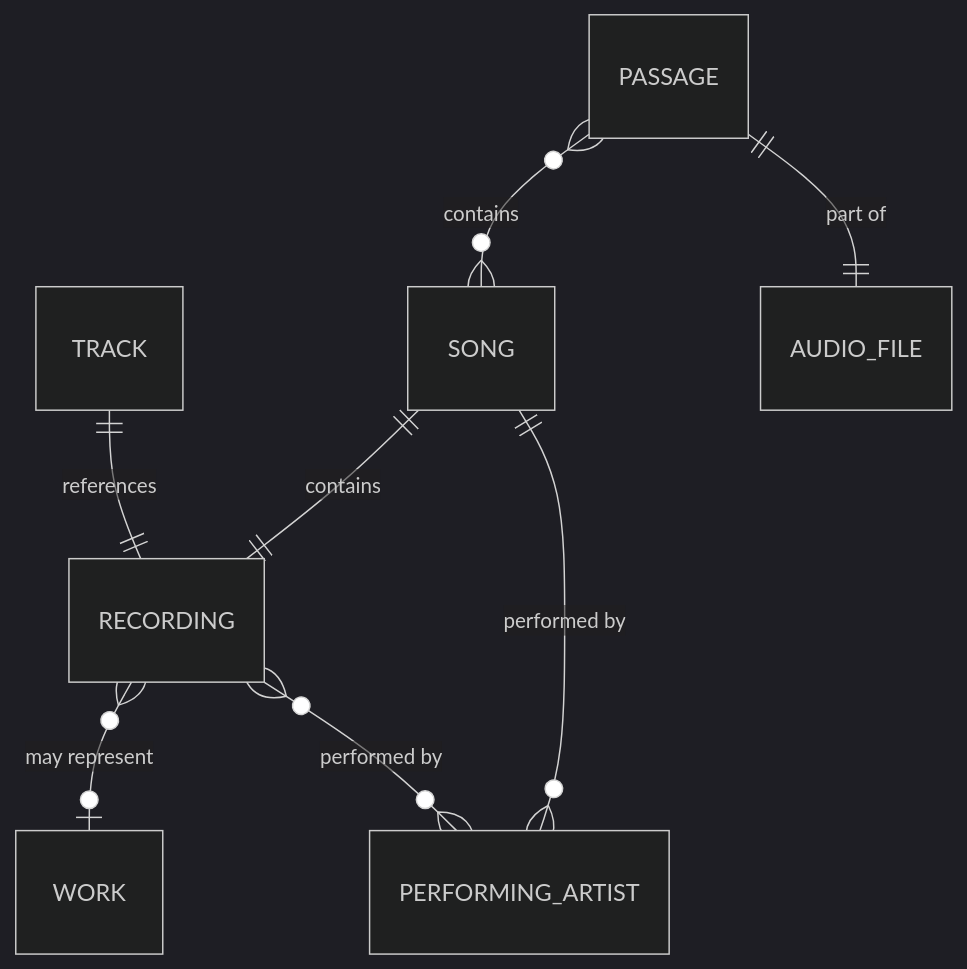
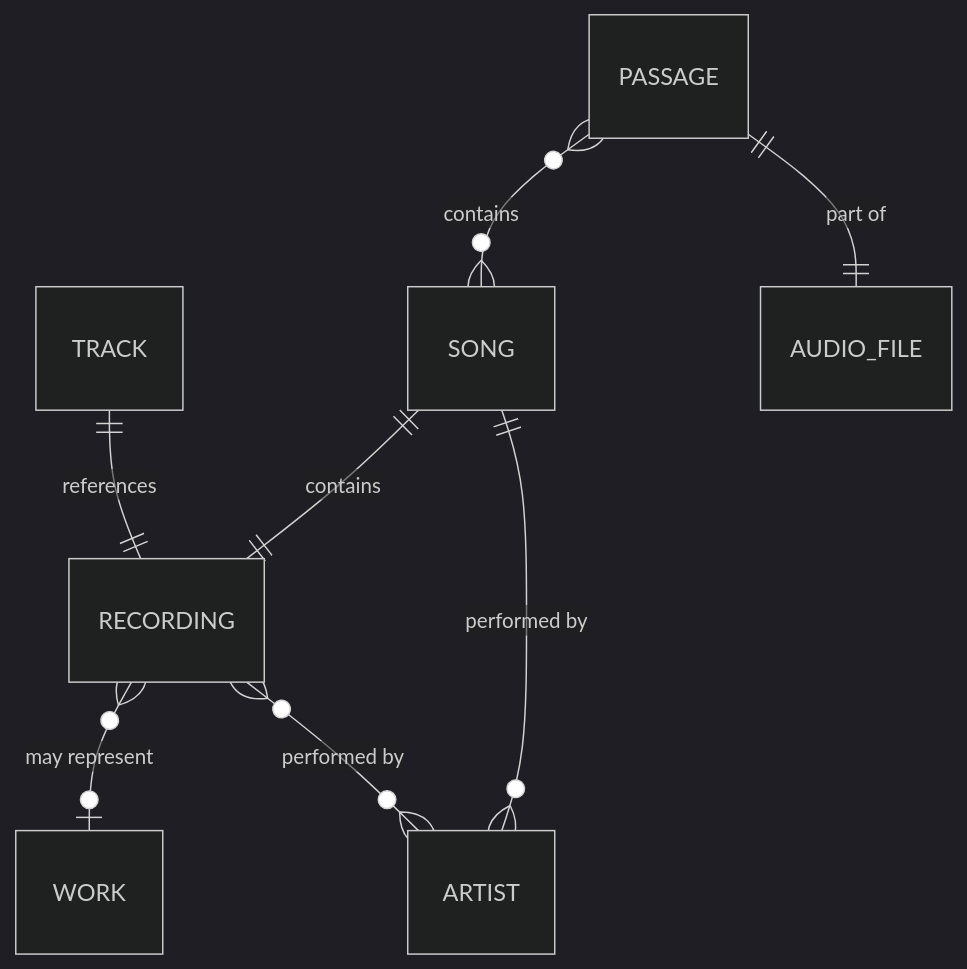
One commit to MangoCats/McRhythm changed the diagram in entity_definitions.md. Above: the diagram before and after it, drawn with Mermaid (dark theme). The commit also changed other lines of this file and 11 other files, not shown here.

````diff
--- a/entity_definitions.md
+++ b/entity_definitions.md
@@ -46,10 +43,10 @@
 ```mermaid
 erDiagram
     TRACK ||--|| RECORDING : references
     RECORDING }o--o| WORK : "may represent"
-    RECORDING }o--o{ PERFORMING_ARTIST : "performed by"
+    RECORDING }o--o{ ARTIST : "performed by"
     SONG ||--|| RECORDING : contains
-    SONG ||--o{ PERFORMING_ARTIST : "performed by"
+    SONG ||--o{ ARTIST : "performed by"
     PASSAGE }o--o{ SONG : contains
     PASSAGE ||--|| AUDIO_FILE : "part of"
 ```
````
